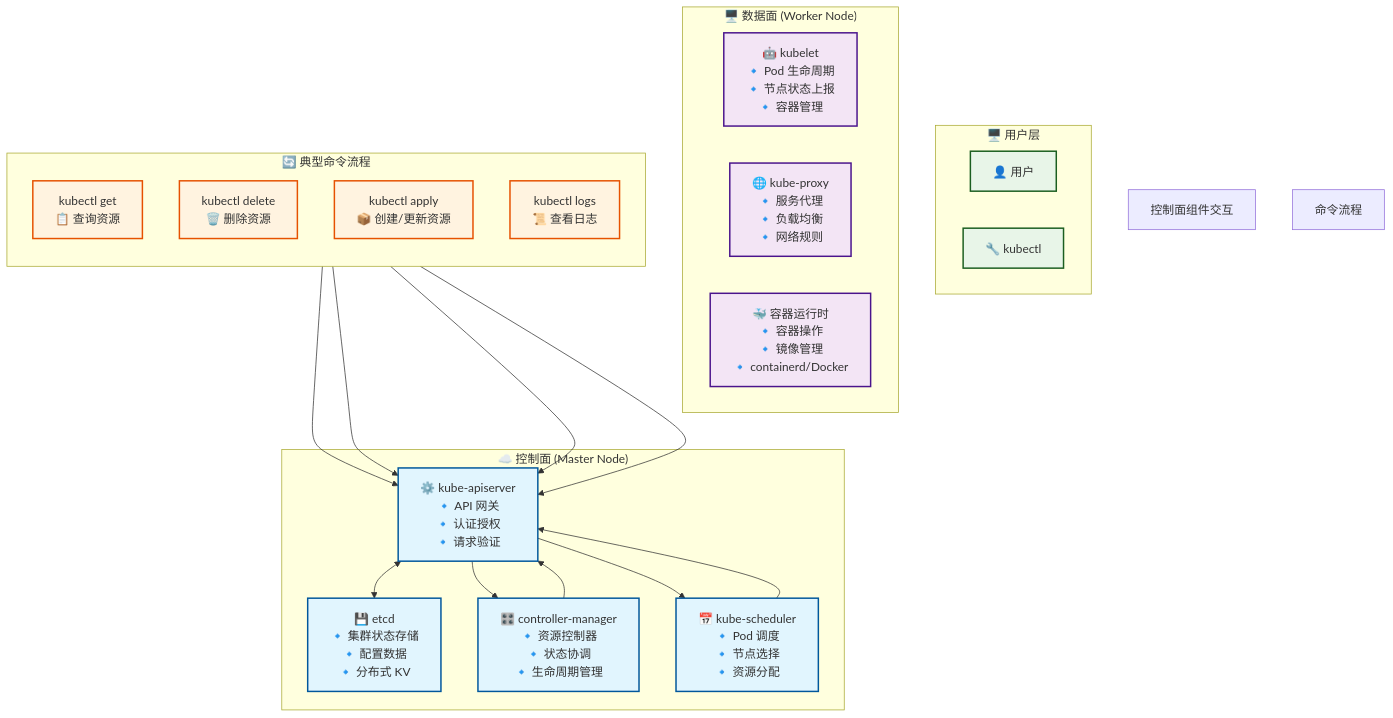
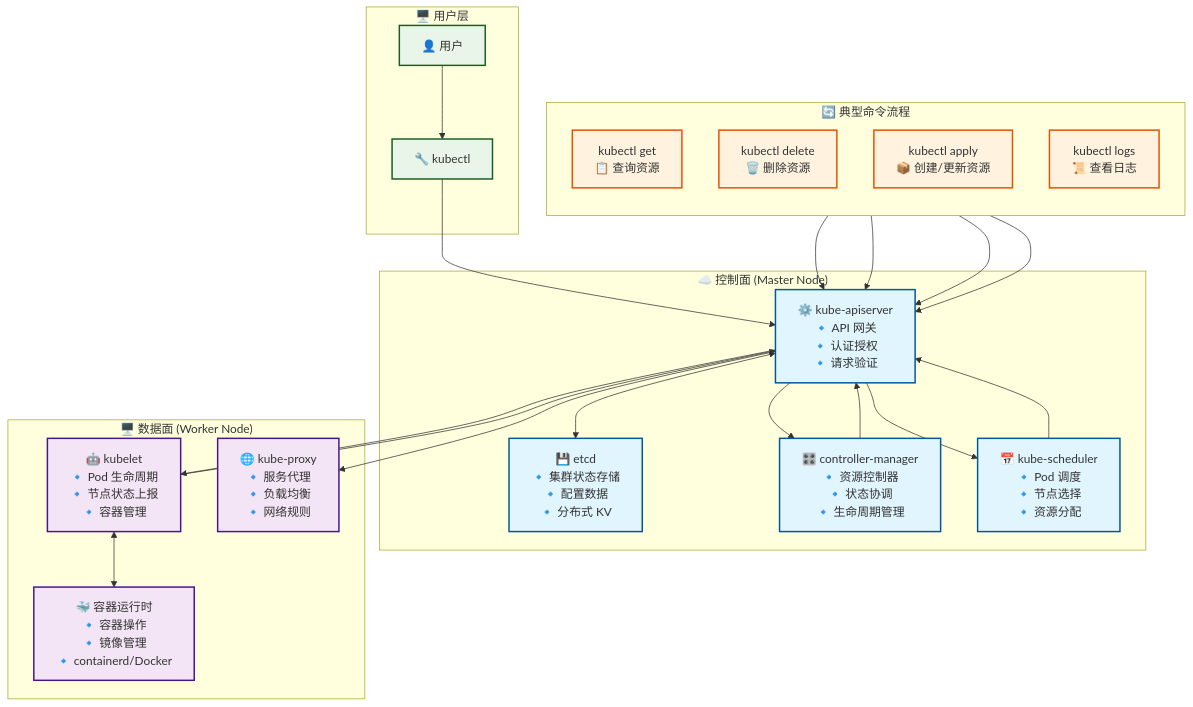
The first of 2 diagrams in content/Sources/AIGC/kubectl 命令执行流程图.md (oldwinter/dg3), drawn with Mermaid before and after one commit. The commit also changed other lines of this file and 179 other files, not shown here.

````diff
--- a/content/Sources/AIGC/kubectl 命令执行流程图.md
+++ b/content/Sources/AIGC/kubectl 命令执行流程图.md
@@ -30,52 +21,62 @@
 ```mermaid
 graph TB
     subgraph "🖥️ 用户层"
         U[👤 用户]
         kubectl[🔧 kubectl]
     end
     
     subgraph "☁️ 控制面 (Master Node)"
         API[⚙️ kube-apiserver<br/>🔹 API 网关<br/>🔹 认证授权<br/>🔹 请求验证]
         etcd[💾 etcd<br/>🔹 集群状态存储<br/>🔹 配置数据<br/>🔹 分布式 KV]
         CM[🎛️ controller-manager<br/>🔹 资源控制器<br/>🔹 状态协调<br/>🔹 生命周期管理]
         Scheduler[📅 kube-scheduler<br/>🔹 Pod 调度<br/>🔹 节点选择<br/>🔹 资源分配]
     end
     
     subgraph "🖥️ 数据面 (Worker Node)"
         kubelet[🤖 kubelet<br/>🔹 Pod 生命周期<br/>🔹 节点状态上报<br/>🔹 容器管理]
         proxy[🌐 kube-proxy<br/>🔹 服务代理<br/>🔹 负载均衡<br/>🔹 网络规则]
         CRI[🐳 容器运行时<br/>🔹 容器操作<br/>🔹 镜像管理<br/>🔹 containerd/Docker]
     end
     
     subgraph "🔄 典型命令流程"
         direction TB
         GET["kubectl get<br/>📋 查询资源"]
         DELETE["kubectl delete<br/>🗑️ 删除资源"]
         APPLY["kubectl apply<br/>📦 创建/更新资源"]
         LOGS["kubectl logs<br/>📜 查看日志"]
     end
     
-     控制面组件交互
+    %% 用户交互
+    U --> kubectl
+    kubectl --> API
+    
+    %% 控制面组件交互
     API <--> etcd
     API --> CM
     API --> Scheduler
     CM --> API
     Scheduler --> API
     
-     命令流程
+    %% 数据面组件交互
+    API --> kubelet
+    API --> proxy
+    kubelet <--> CRI
+    kubelet --> API
+    
+    %% 命令流程
     GET --> API
     DELETE --> API
     APPLY --> API
     LOGS --> API
     
     %% 样式
     classDef controlPlane fill:#e1f5fe,stroke:#01579b,stroke-width:2px
     classDef dataPlane fill:#f3e5f5,stroke:#4a148c,stroke-width:2px
     classDef userLayer fill:#e8f5e8,stroke:#1b5e20,stroke-width:2px
     classDef commandFlow fill:#fff3e0,stroke:#e65100,stroke-width:2px
     
     class API,etcd,CM,Scheduler controlPlane
     class kubelet,proxy,CRI dataPlane
     class U,kubectl userLayer
     class GET,DELETE,APPLY,LOGS commandFlow
 ```
````
